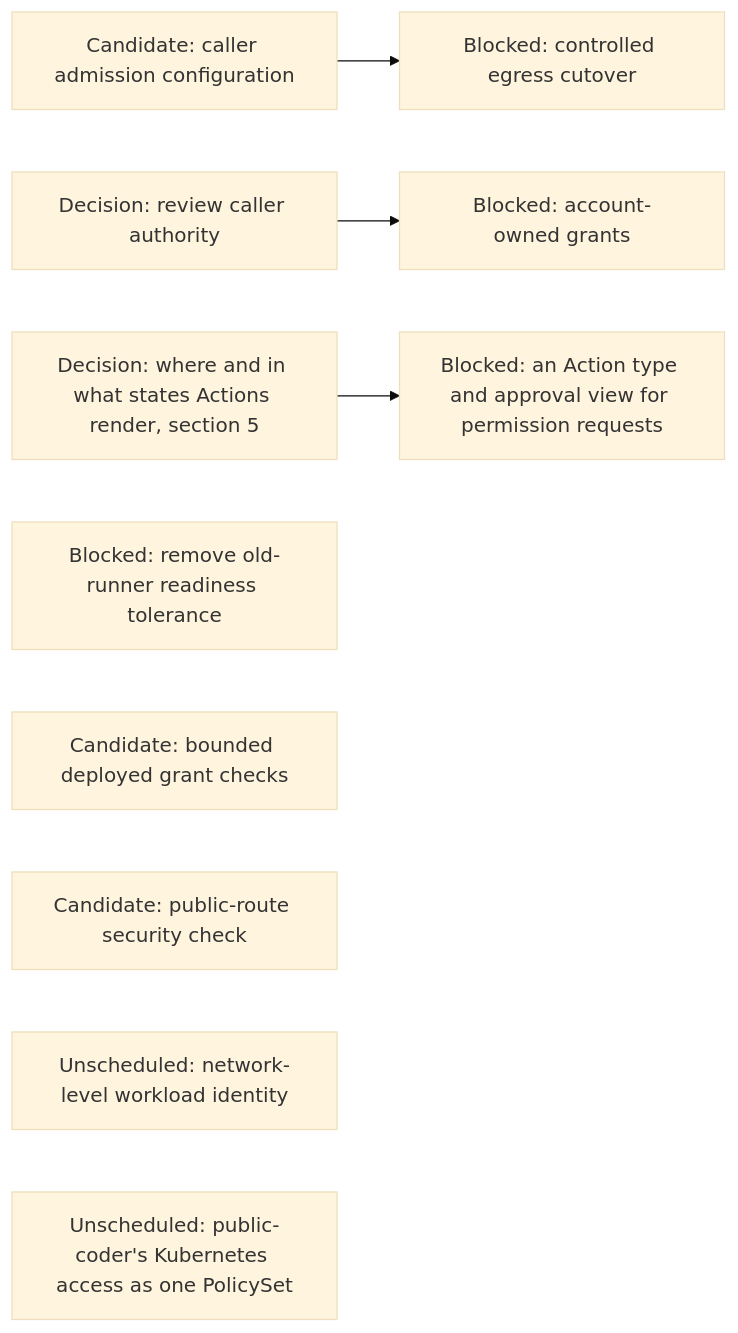
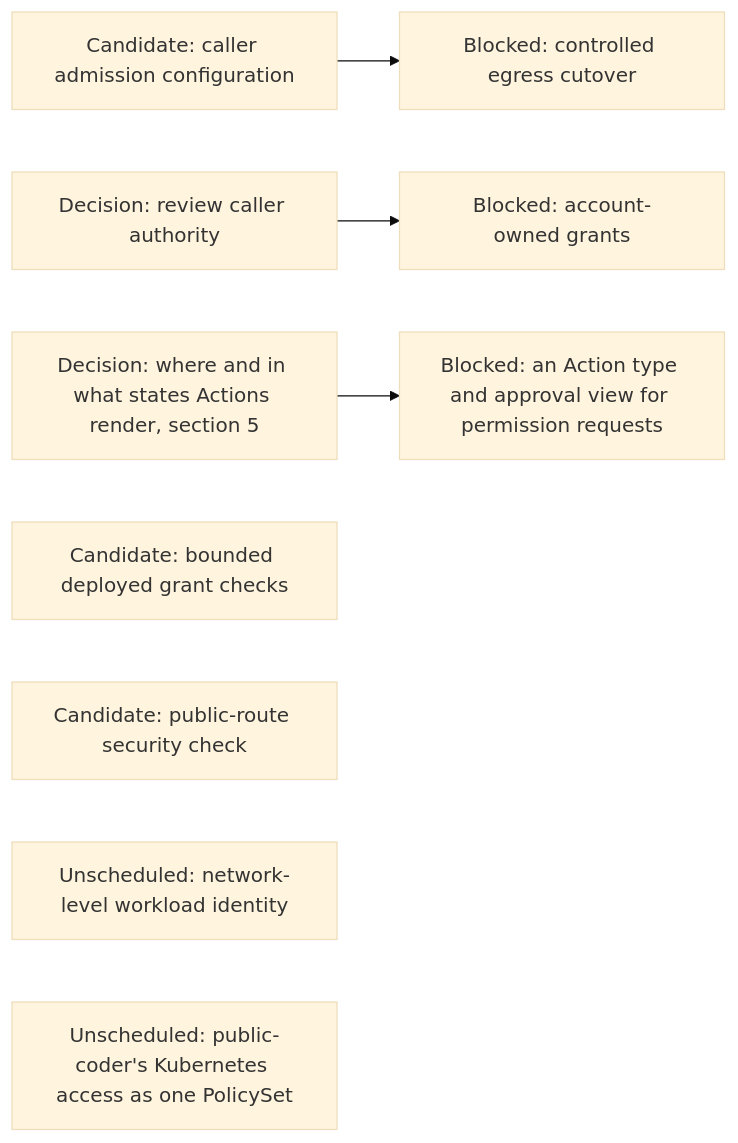
One commit to agentydragon-agent/ducktape changed the tenth of 16 diagrams in agentplane/plans/task_dag.md. Above: the diagram before and after it, drawn with Mermaid (base theme). The commit also changed other lines of this file and 6 other files, not shown here.

````diff
--- a/agentplane/plans/task_dag.md
+++ b/agentplane/plans/task_dag.md
@@ -576,13 +599,12 @@
 ```mermaid
 flowchart LR
     PC_EGRESS_CREDENTIALS[Candidate: caller admission configuration] --> PC_EGRESS[Blocked: controlled egress cutover]
     CLAUDE_AI_SA[Decision: review caller authority] --> MANAGED_SA_RBAC[Blocked: account-owned grants]
     AGENT_PERMISSION_REQUESTS[Blocked: an Action type and approval view for permission requests]
     ACTION_SURFACES_DESIGN[Decision: where and in what states Actions render, section 5]
     ACTION_SURFACES_DESIGN --> AGENT_PERMISSION_REQUESTS
-    BOOTSTRAP_UNKNOWN_HOLDS_READY[Blocked: remove old-runner readiness tolerance]
     SANDBOX_RBAC[Candidate: bounded deployed grant checks]
     NOTIFICATION_INGRESS_BOUNDARY[Candidate: public-route security check]
     NETWORK_WORKLOAD_IDENTITY[Unscheduled: network-level workload identity]
     PC_KUBERNETES_POLICY_SET[Unscheduled: public-coder's Kubernetes access as one PolicySet]
 ```
````
